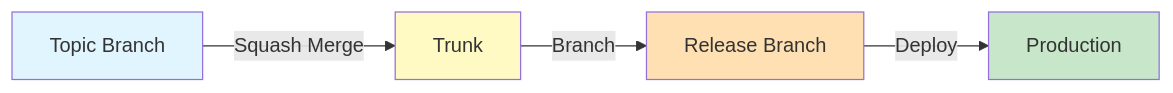
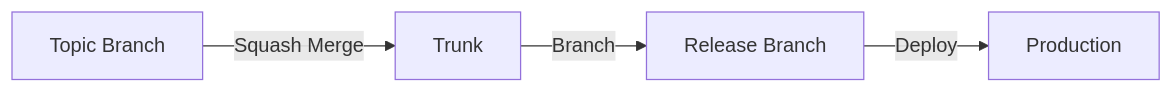
The fourth of 8 diagrams in docs/explanation/continuous-delivery/workflow/branching-strategies.md (ready-to-release/eac), drawn with Mermaid before and after one commit. The commit also changed other lines of this file and 28 other files, not shown here.

````diff
--- a/docs/explanation/continuous-delivery/workflow/branching-strategies.md
+++ b/docs/explanation/continuous-delivery/workflow/branching-strategies.md
@@ -250,10 +237,6 @@
 ```mermaid
 flowchart LR
     TB[Topic Branch] -->|Squash Merge| TR[Trunk]
     TR -->|Branch| RB[Release Branch]
     RB -->|Deploy| PROD[Production]
-    style TB fill:#e1f5fe
-    style TR fill:#fff9c4
-    style RB fill:#ffe0b2
-    style PROD fill:#c8e6c9
 ```
````
